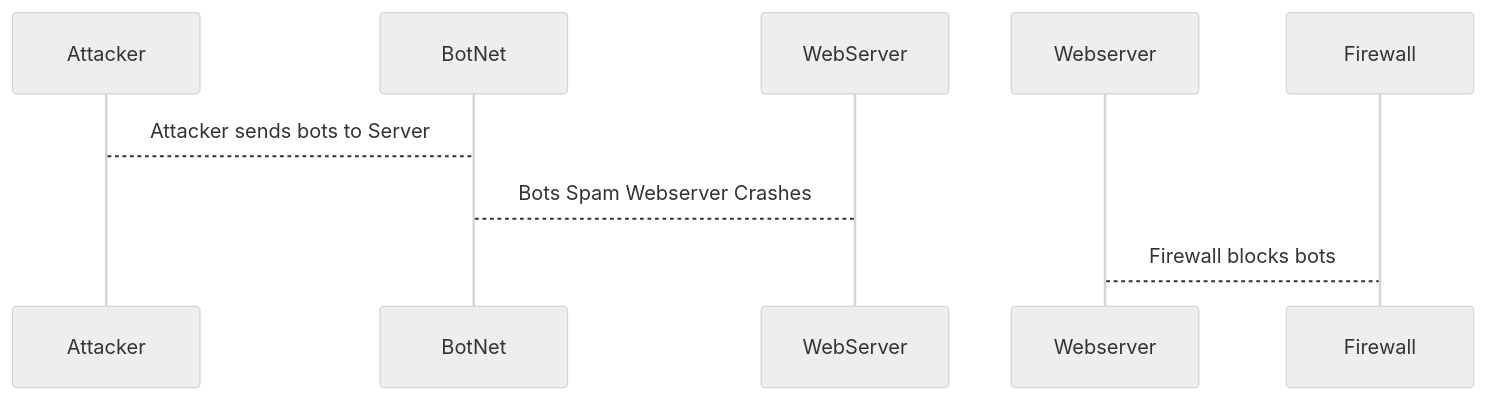
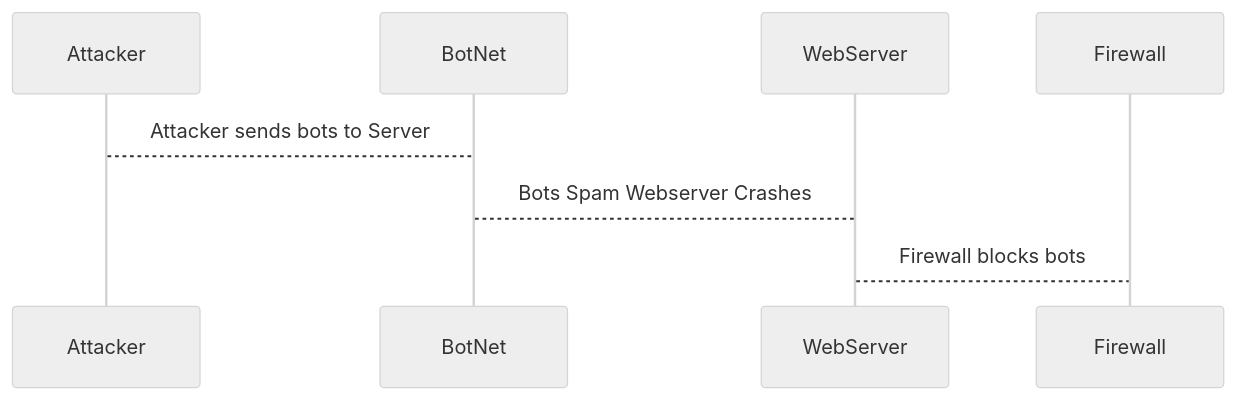
One commit to jesher123/DDoS_Attack_Sequence.md. changed the diagram in README.md. Above: the diagram before and after it, drawn with Mermaid (neutral theme).

````diff
--- a/README.md
+++ b/README.md
@@ -1,6 +1,6 @@
 ```mermaid
 sequenceDiagram
 Attacker-->BotNet: Attacker sends bots to Server
 BotNet-->WebServer: Bots Spam Webserver Crashes
-Webserver-->Firewall: Firewall blocks bots
+WebServer-->Firewall: Firewall blocks bots
 ```
````
